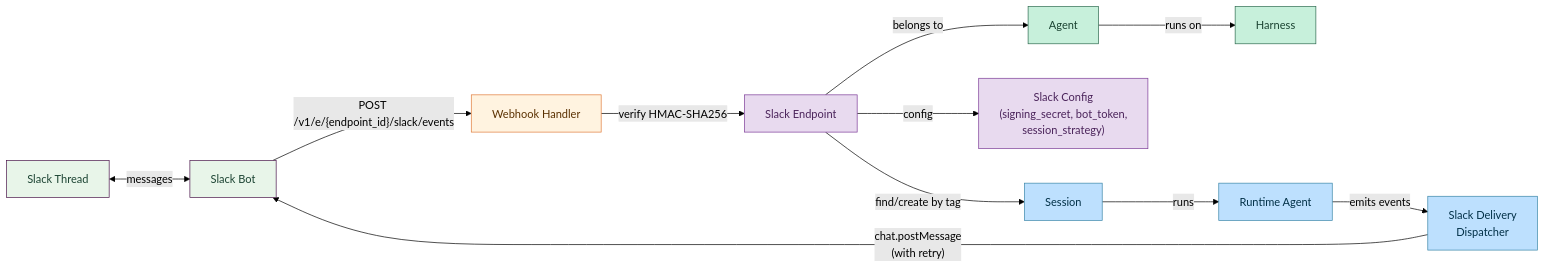
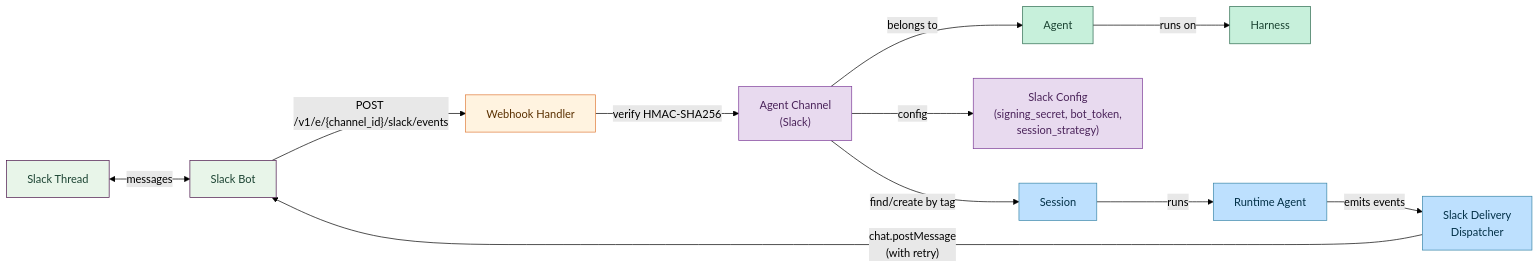
The diagram in docs/images/integrations/slack-architecture.mmd (everruns/everruns), drawn with Mermaid (forest theme) before and after one commit. The commit also changed 42 other files, not shown here.

First line of the commit message:
chore(knowledge): rename agent Endpoint concept to Channel

```diff
--- a/docs/images/integrations/slack-architecture.mmd
+++ b/docs/images/integrations/slack-architecture.mmd
@@ -1,23 +1,23 @@
 graph LR
     Thread["Slack Thread"] <-->|messages| Bot["Slack Bot"]
-    Bot -->|"POST /v1/e/{endpoint_id}/slack/events"| Webhook["Webhook Handler"]
-    Webhook -->|"verify HMAC-SHA256"| Endpoint["Slack Endpoint"]
-    Endpoint -->|belongs to| Agent
+    Bot -->|"POST /v1/e/{channel_id}/slack/events"| Webhook["Webhook Handler"]
+    Webhook -->|"verify HMAC-SHA256"| Channel["Agent Channel<br/>(Slack)"]
+    Channel -->|belongs to| Agent
     Agent -->|runs on| Harness
-    Endpoint -->|config| SlackConfig["Slack Config<br/>(signing_secret, bot_token,<br/>session_strategy)"]
-    Endpoint -->|"find/create by tag"| Session
+    Channel -->|config| SlackConfig["Slack Config<br/>(signing_secret, bot_token,<br/>session_strategy)"]
+    Channel -->|"find/create by tag"| Session
     Session -->|runs| RuntimeAgent["Runtime Agent"]
     RuntimeAgent -->|emits events| Dispatcher["Slack Delivery<br/>Dispatcher"]
     Dispatcher -->|"chat.postMessage<br/>(with retry)"| Bot
 
     classDef slack fill:#e8f5e9,stroke:#4a154b,color:#1b4332
     classDef security fill:#fff3e0,stroke:#e07b39,color:#5a3000
     classDef app fill:#e8daef,stroke:#7d3c98,color:#4a235a
     classDef config fill:#c7f0db,stroke:#2d6a4f,color:#1b4332
     classDef runtime fill:#bde0fe,stroke:#3a86a8,color:#023047
 
     class Thread,Bot slack
     class Webhook security
-    class Endpoint,SlackConfig app
+    class Channel,SlackConfig app
     class Harness,Agent config
     class Session,RuntimeAgent,Dispatcher runtime
```
